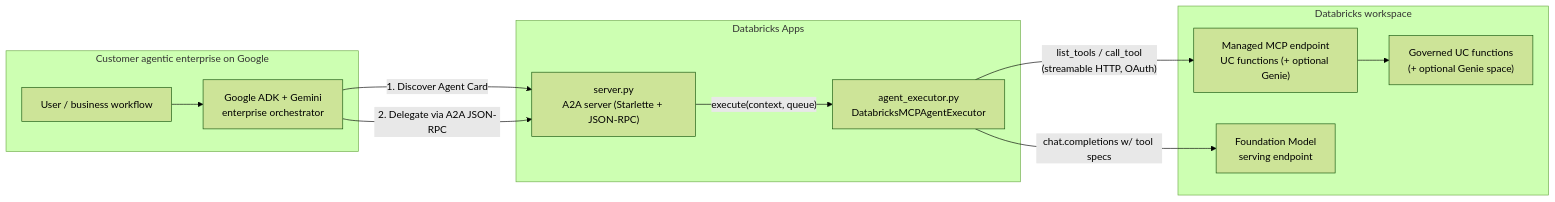
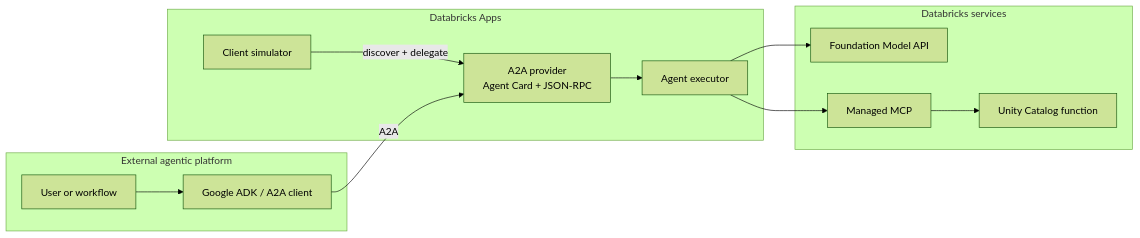
The diagram in README.md (sdonohoo-db/databricks-a2a-governed-services-demo), drawn with Mermaid (forest theme) before and after one commit. The commit also changed other lines of this file and 18 other files, not shown here.

Commit message:
Refactor A2A demo into provider and client apps

````diff
--- a/README.md
+++ b/README.md
@@ -11,26 +25,27 @@
 ```mermaid
 flowchart LR
-    subgraph google["Customer agentic enterprise on Google"]
-        user["User / business workflow"]
-        client["Google ADK + Gemini<br/>enterprise orchestrator"]
-        user --> client
+    subgraph external["External agentic platform"]
+        user[User or workflow]
+        google[Google ADK / A2A client]
+        user --> google
     end
 
     subgraph apps["Databricks Apps"]
-        server["server.py<br/>A2A server (Starlette + JSON-RPC)"]
-        executor["agent_executor.py<br/>DatabricksMCPAgentExecutor"]
-        server -- "execute(context, queue)" --> executor
+        client[Client simulator]
+        provider["A2A provider<br/>Agent Card + JSON-RPC"]
+        executor[Agent executor]
+        client -- "discover + delegate" --> provider
+        provider --> executor
     end
 
-    subgraph dbx["Databricks workspace"]
-        mcp["Managed MCP endpoint<br/>UC functions (+ optional Genie)"]
-        llm["Foundation Model<br/>serving endpoint"]
-        backend["Governed UC functions<br/>(+ optional Genie space)"]
+    subgraph services["Databricks services"]
+        model[Foundation Model API]
+        mcp[Managed MCP]
+        function[Unity Catalog function]
+        mcp --> function
     end
 
-    client -- "1. Discover Agent Card" --> server
-    client -- "2. Delegate via A2A JSON-RPC" --> server
-    executor -- "list_tools / call_tool<br/>(streamable HTTP, OAuth)" --> mcp
-    executor -- "chat.completions w/ tool specs" --> llm
-    mcp --> backend
+    google -- A2A --> provider
+    executor --> model
+    executor --> mcp
 ```
````
